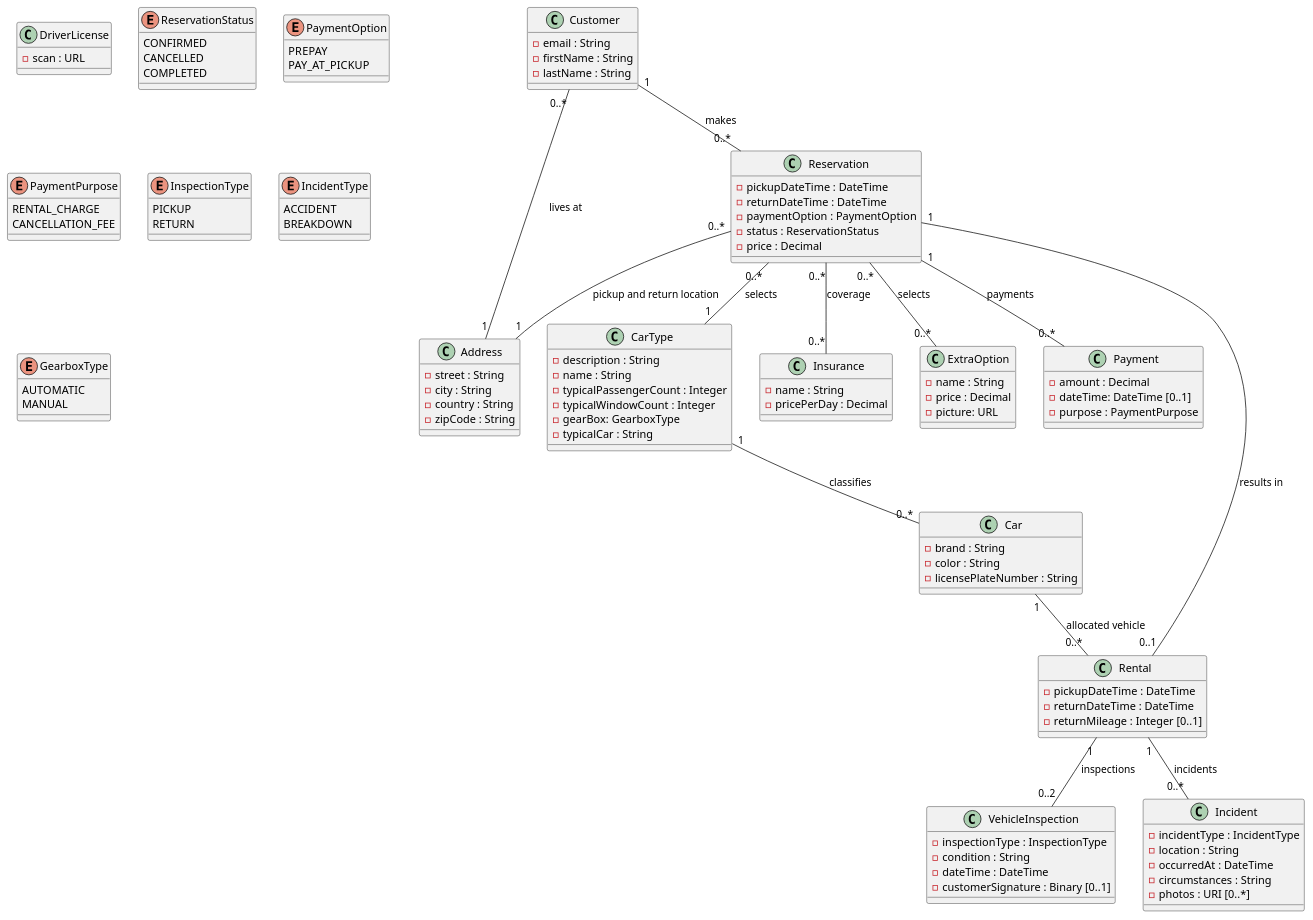
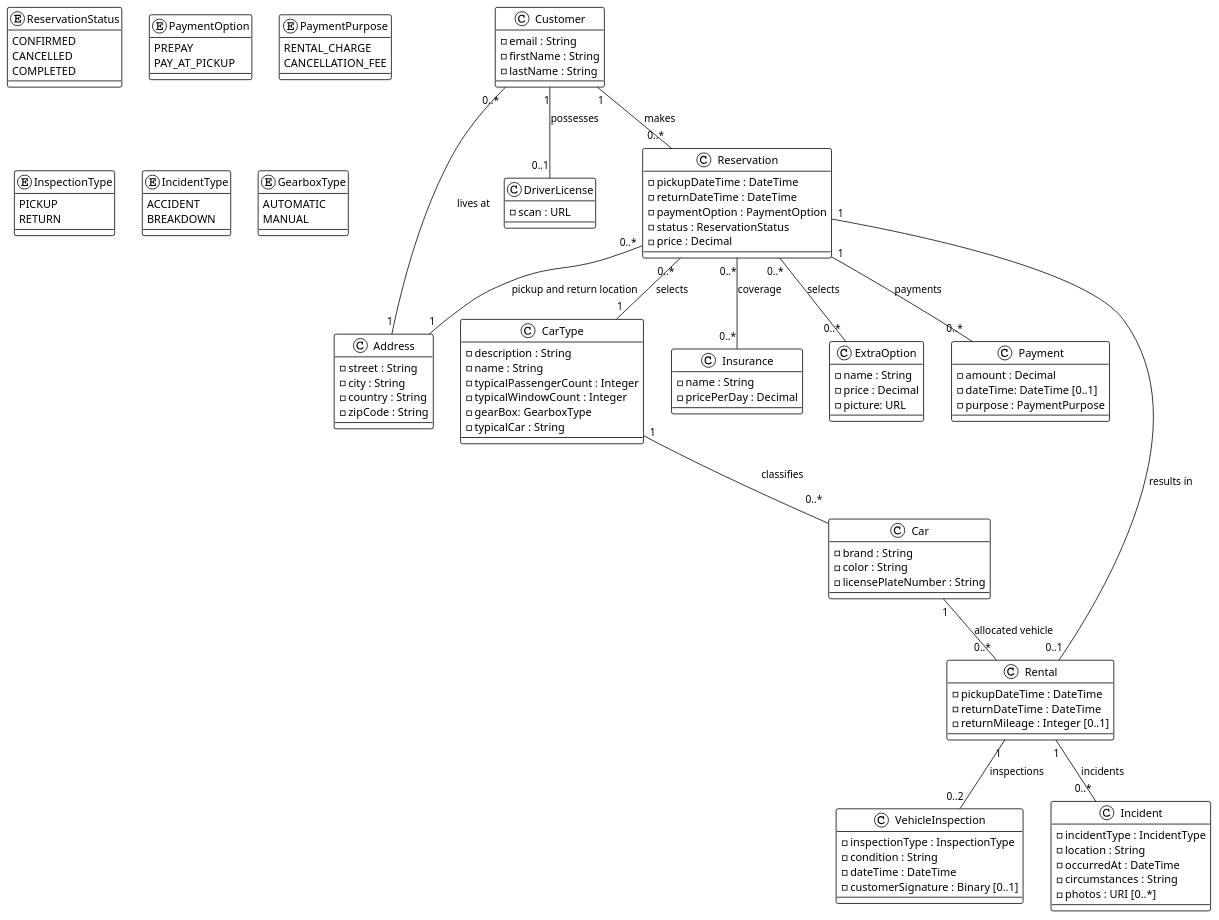
Before and after one commit to chill-cats/MIAGE-I2S-Software-Design: the diagram in digrams/class/class.pu, drawn with PlantUML. The commit also changed 7 other files, not shown here.

Commit message:
refactor: update diagrams and reports for improved clarity and structure

```diff
--- a/digrams/class/class.pu
+++ b/digrams/class/class.pu
@@ -1,138 +1,149 @@
 @startuml class
 
-' !theme plain
+!theme plain
 
 class Customer {
     - email : String
     - firstName : String
     - lastName : String 
 }
 
 class Address {
     - street : String
     - city : String
     - country : String
     - zipCode : String
 }
 
 class DriverLicense {
     - scan : URL
 }
 
 ' class Agency {
 '     - name : String
 ' }
 
 class CarType {
     - description : String
     - name : String
     - typicalPassengerCount : Integer
     - typicalWindowCount : Integer
     - gearBox: GearboxType
     - typicalCar : String
 }
 
 class Car {
     - brand : String
     - color : String
     - licensePlateNumber : String
 }
 
 class Reservation {
     - pickupDateTime : DateTime
     - returnDateTime : DateTime
     - paymentOption : PaymentOption
     - status : ReservationStatus
     - price : Decimal
 }
 
 
 class Insurance {
     - name : String
     - pricePerDay : Decimal
 }
 
 class ExtraOption {
     - name : String
     - price : Decimal
     - picture: URL
 }
 
 class Payment {
     - amount : Decimal
     - dateTime: DateTime [0..1]
     - purpose : PaymentPurpose
 }
 
+' class Prepay {
+'     - payByCreditCard()
+' }
+
+' class PayLater {
+' }
+
+' Payment <|-- Prepay
+' Payment <|-- PayLater
+
 class Rental {
     - pickupDateTime : DateTime
     - returnDateTime : DateTime
     - returnMileage : Integer [0..1]
 }
 
 class VehicleInspection {
     - inspectionType : InspectionType
     - condition : String
     - dateTime : DateTime
     - customerSignature : Binary [0..1]
 }
 
 class Incident {
     - incidentType : IncidentType
     - location : String
     - occurredAt : DateTime
     - circumstances : String
     - photos : URI [0..*]
 }
 
 enum ReservationStatus {
     CONFIRMED
     CANCELLED
     COMPLETED
 }
 
 enum PaymentOption {
     PREPAY
     PAY_AT_PICKUP
 }
 
 enum PaymentPurpose {
     RENTAL_CHARGE
     CANCELLATION_FEE
 }
 
 enum InspectionType {
     PICKUP
     RETURN
 }
 
 enum IncidentType {
   ACCIDENT
   BREAKDOWN
 }
 
 enum GearboxType {
     AUTOMATIC
     MANUAL
 }
 
 Customer "0..*" -- "1" Address : lives at
 Customer "1" -- "0..*" Reservation : makes
+Customer "1" -- "0..1" DriverLicense : possesses
 
 Reservation "0..*" -- "1" CarType : selects
 Reservation "1" -- "0..1" Rental : results in
 Reservation "0..*" -- "1" Address : pickup and return location
 Reservation "0..*" -- "0..*" Insurance : coverage
 Reservation "0..*" -- "0..*" ExtraOption : selects
 Reservation "1" -- "0..*" Payment : payments
 
 Rental "1" -- "0..2" VehicleInspection : inspections
 Rental "1" -- "0..*" Incident : incidents
 
 Car "1" -- "0..*" Rental : allocated vehicle
-CarType "1" -- "0..*" Car : classifies
+CarType "1" -- "0..*\n" Car : classifies \n
 
 
 
 
 @enduml
```
